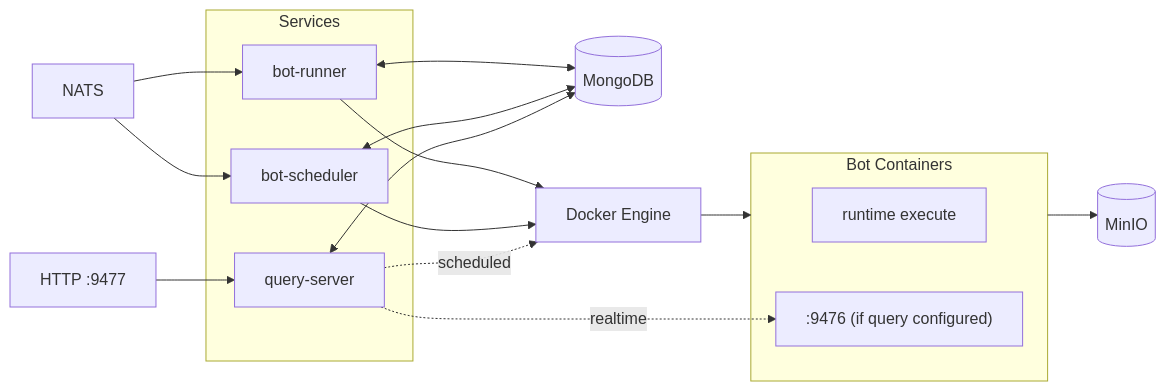
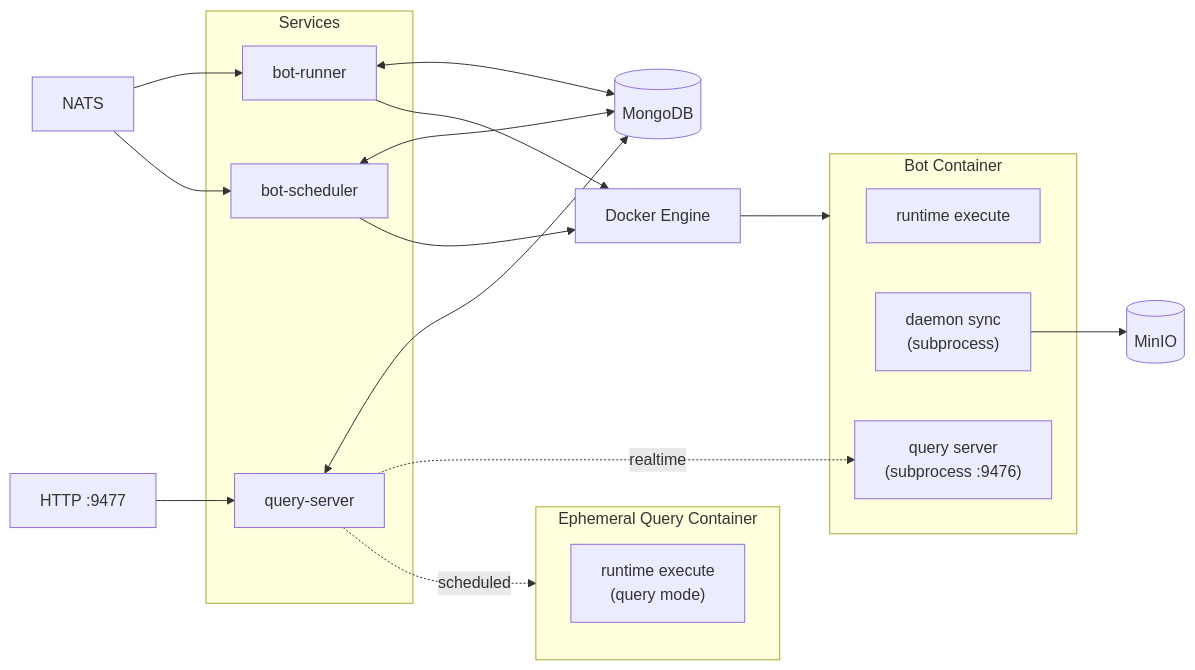
The second of 4 diagrams in runtime/README.md (alexanderwanyoike/the0), drawn with Mermaid before and after one commit. The commit also changed 3 other files, not shown here.

First line of the commit message:
docs: Show query subprocess and ephemeral containers in diagrams

````diff
--- a/runtime/README.md
+++ b/runtime/README.md
@@ -38,25 +38,30 @@
 ```mermaid
 flowchart LR
     NATS["NATS"] --> Runner & Scheduler
     HTTP["HTTP :9477"] --> QS
 
     subgraph Services
         Runner["bot-runner"]
         Scheduler["bot-scheduler"]
         QS["query-server"]
     end
 
     Runner & Scheduler <--> MongoDB[(MongoDB)]
     QS <--> MongoDB
     Runner & Scheduler --> Docker["Docker Engine"]
 
-    subgraph Containers["Bot Containers"]
+    subgraph Container["Bot Container"]
         Bot["runtime execute"]
-        QueryPort[":9476 (if query configured)"]
+        Sync["daemon sync<br/>(subprocess)"]
+        QuerySvc["query server<br/>(subprocess :9476)"]
     end
 
-    Docker --> Containers
-    Containers --> MinIO[(MinIO)]
-    QS -.->|realtime| QueryPort
-    QS -.->|scheduled| Docker
+    subgraph Ephemeral["Ephemeral Query Container"]
+        EphBot["runtime execute<br/>(query mode)"]
+    end
+
+    Docker --> Container
+    Sync --> MinIO[(MinIO)]
+    QS -.->|realtime| QuerySvc
+    QS -.->|scheduled| Ephemeral
 ```
````
